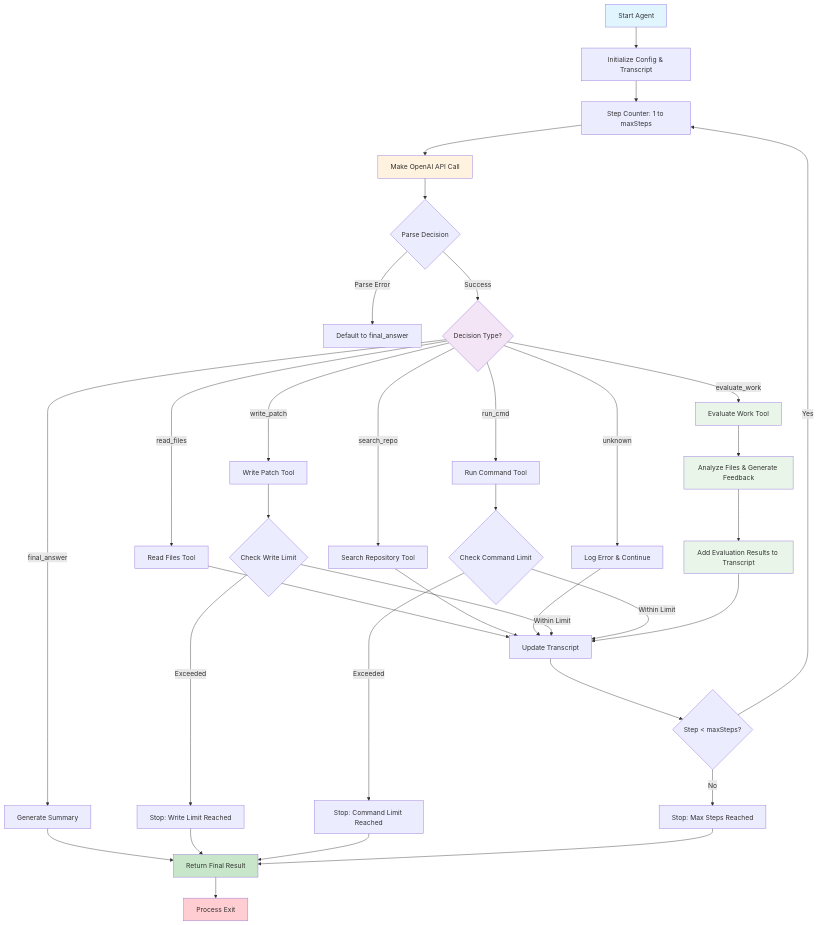
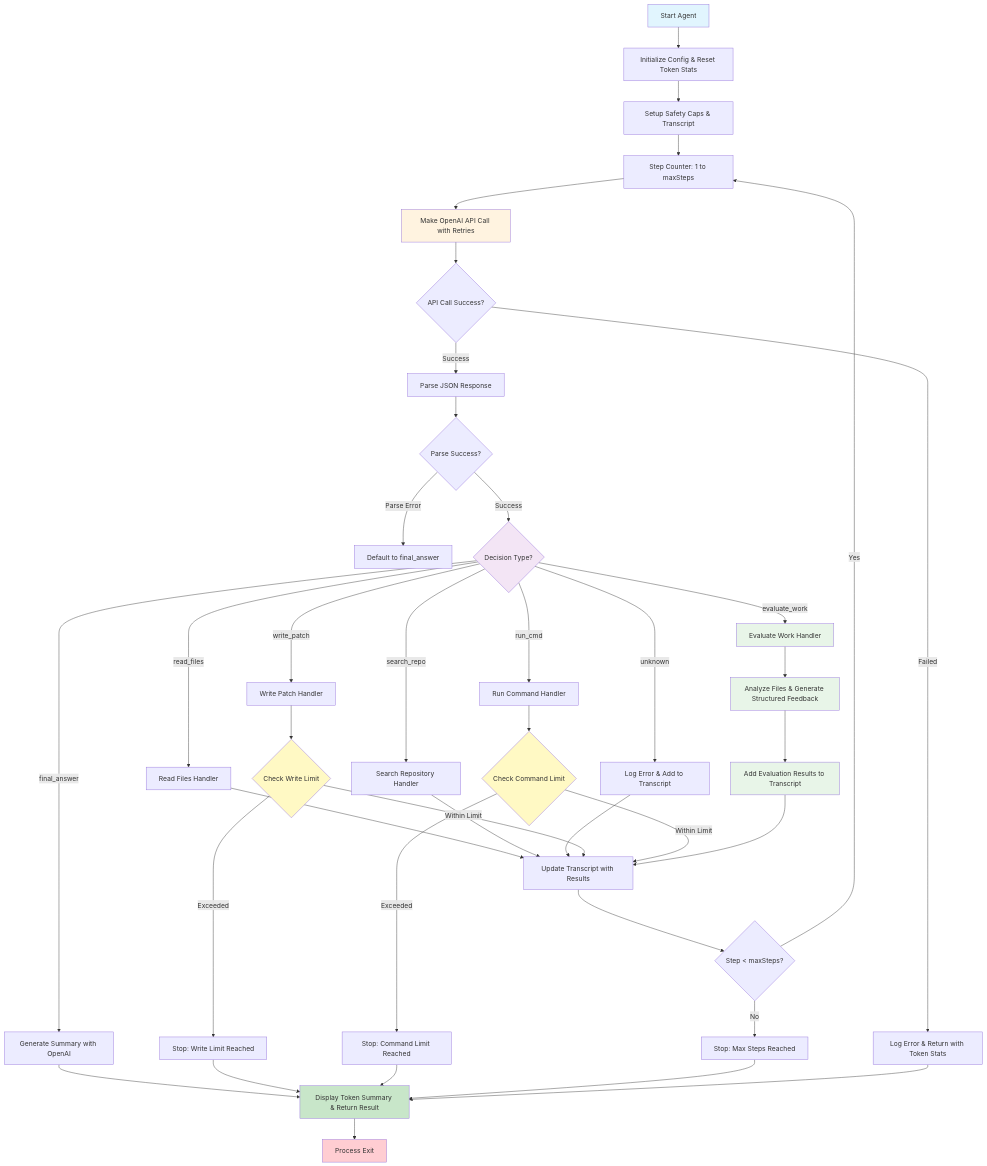
The diagram in readme.md (devhelpr/agent-loop), drawn with Mermaid before and after one commit.

Commit message:
Update flowchart in README to reflect changes in agent workflow
- Revised flowchart to include new steps for initializing token stats and setting up safety caps.
- Enhanced API call process with retries and improved error handling.
- Updated decision handling to include new handlers for various actions and structured feedback generation.
- Adjusted styles for new flowchart elements to maintain visual consistency.

````diff
--- a/readme.md
+++ b/readme.md
@@ -28,52 +28,60 @@
 ```mermaid
 flowchart TD
-    A[Start Agent] --> B[Initialize Config & Transcript]
-    B --> C[Step Counter: 1 to maxSteps]
-    C --> D[Make OpenAI API Call]
-    D --> E{Parse Decision}
-
-    E -->|Parse Error| F[Default to final_answer]
-    E -->|Success| G{Decision Type?}
-
-    G -->|read_files| H[Read Files Tool]
-    G -->|search_repo| I[Search Repository Tool]
-    G -->|write_patch| J[Write Patch Tool]
-    G -->|run_cmd| K[Run Command Tool]
-    G -->|evaluate_work| L[Evaluate Work Tool]
-    G -->|final_answer| M[Generate Summary]
-    G -->|unknown| N[Log Error & Continue]
-
-    H --> O[Update Transcript]
-    I --> O
-    J --> P{Check Write Limit}
-    K --> Q{Check Command Limit}
-    L --> R[Analyze Files & Generate Feedback]
-    N --> O
-
-    P -->|Within Limit| O
-    P -->|Exceeded| S[Stop: Write Limit Reached]
-    Q -->|Within Limit| O
-    Q -->|Exceeded| T[Stop: Command Limit Reached]
-
-    R --> U[Add Evaluation Results to Transcript]
-    U --> O
-
-    O --> V{Step < maxSteps?}
-    V -->|Yes| C
-    V -->|No| W[Stop: Max Steps Reached]
-
-    M --> X[Return Final Result]
-    S --> X
-    T --> X
-    W --> X
-    X --> Y[Process Exit]
-
+    A[Start Agent] --> B[Initialize Config & Reset Token Stats]
+    B --> C[Setup Safety Caps & Transcript]
+    C --> D[Step Counter: 1 to maxSteps]
+    D --> E[Make OpenAI API Call with Retries]
+    
+    E --> F{API Call Success?}
+    F -->|Failed| G[Log Error & Return with Token Stats]
+    F -->|Success| H[Parse JSON Response]
+    
+    H --> I{Parse Success?}
+    I -->|Parse Error| J[Default to final_answer]
+    I -->|Success| K{Decision Type?}
+    
+    K -->|read_files| L[Read Files Handler]
+    K -->|search_repo| M[Search Repository Handler]
+    K -->|write_patch| N[Write Patch Handler]
+    K -->|run_cmd| O[Run Command Handler]
+    K -->|evaluate_work| P[Evaluate Work Handler]
+    K -->|final_answer| Q[Generate Summary with OpenAI]
+    K -->|unknown| R[Log Error & Add to Transcript]
+    
+    L --> S[Update Transcript with Results]
+    M --> S
+    N --> T{Check Write Limit}
+    O --> U{Check Command Limit}
+    P --> V[Analyze Files & Generate Structured Feedback]
+    R --> S
+    
+    T -->|Within Limit| S
+    T -->|Exceeded| W[Stop: Write Limit Reached]
+    U -->|Within Limit| S
+    U -->|Exceeded| X[Stop: Command Limit Reached]
+    
+    V --> Y[Add Evaluation Results to Transcript]
+    Y --> S
+    
+    S --> Z{Step < maxSteps?}
+    Z -->|Yes| D
+    Z -->|No| AA[Stop: Max Steps Reached]
+    
+    Q --> BB[Display Token Summary & Return Result]
+    W --> BB
+    X --> BB
+    AA --> BB
+    G --> BB
+    BB --> CC[Process Exit]
+    
     style A fill:#e1f5fe
-    style X fill:#c8e6c9
-    style Y fill:#ffcdd2
-    style D fill:#fff3e0
-    style G fill:#f3e5f5
-    style L fill:#e8f5e8
-    style R fill:#e8f5e8
-    style U fill:#e8f5e8
+    style BB fill:#c8e6c9
+    style CC fill:#ffcdd2
+    style E fill:#fff3e0
+    style K fill:#f3e5f5
+    style P fill:#e8f5e8
+    style V fill:#e8f5e8
+    style Y fill:#e8f5e8
+    style T fill:#fff9c4
+    style U fill:#fff9c4
 ```
````
